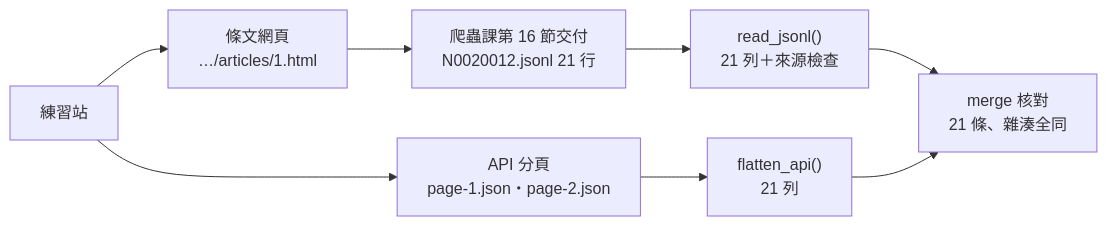
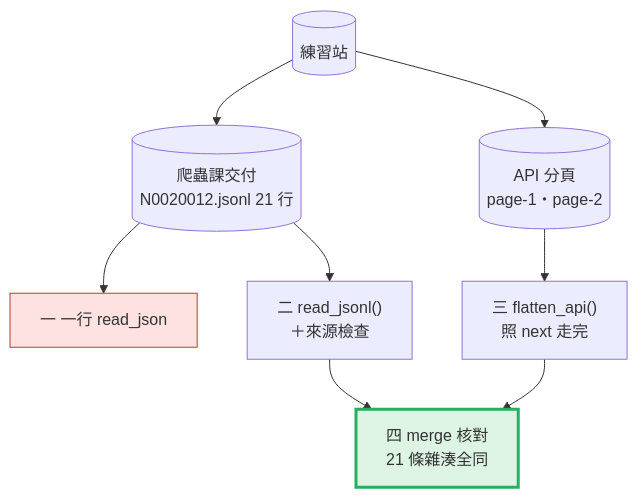
Before and after one commit to 4-learn/data-analysis-and-process-demo: the first of 11 diagrams in 2026/03-read-jsonl.md, drawn with Mermaid. The commit also changed other lines of this file and 39 other files, not shown here.

Commit message:
[pm] docs: 18 節改為「每段一張圖」：程式切成小段，每段附位置圖與步驟圖

````diff
--- a/2026/03-read-jsonl.md
+++ b/2026/03-read-jsonl.md
@@ -35,10 +24,12 @@
 ```mermaid
-flowchart LR
-    S["練習站"] --> W["條文網頁<br/>…/articles/1.html"]
-    S --> P["API 分頁<br/>page-1.json・page-2.json"]
-    W --> J["爬蟲課第 16 節交付<br/>N0020012.jsonl 21 行"]
-    J --> R["read_jsonl()<br/>21 列＋來源檢查"]
-    P --> F["flatten_api()<br/>21 列"]
-    R --> M["merge 核對<br/>21 條、雜湊全同"]
+flowchart TD
+    W[("練習站")] --> J[("爬蟲課交付<br/>N0020012.jsonl 21 行")]
+    W --> P[("API 分頁<br/>page-1・page-2")]
+    J --> N["一 一行 read_json"]
+    J --> R["二 read_jsonl()<br/>＋來源檢查"]
+    P --> F["三 flatten_api()<br/>照 next 走完"]
+    R --> M["四 merge 核對<br/>21 條雜湊全同"]
     F --> M
+    style N fill:#fde2e1,stroke:#c0392b
+    style M fill:#ddf3e4,stroke:#27ae60,stroke-width:3px
 ```
````
